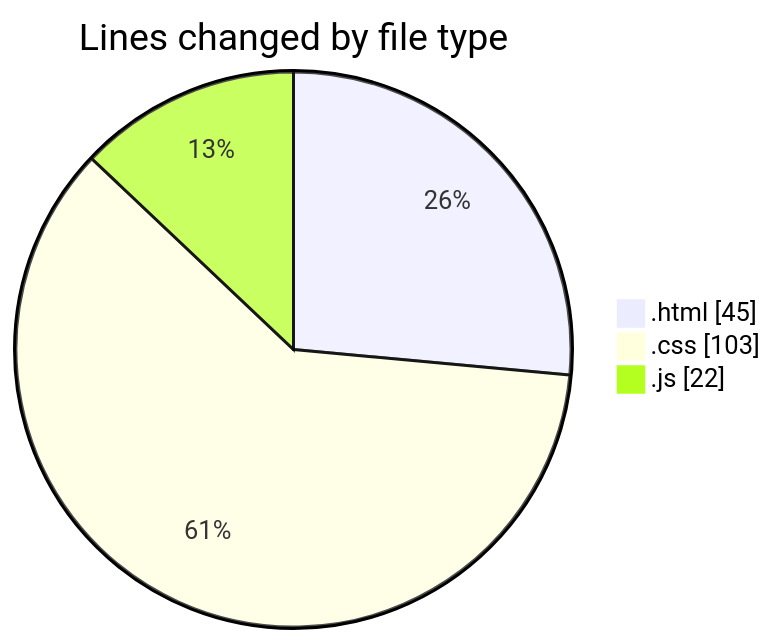
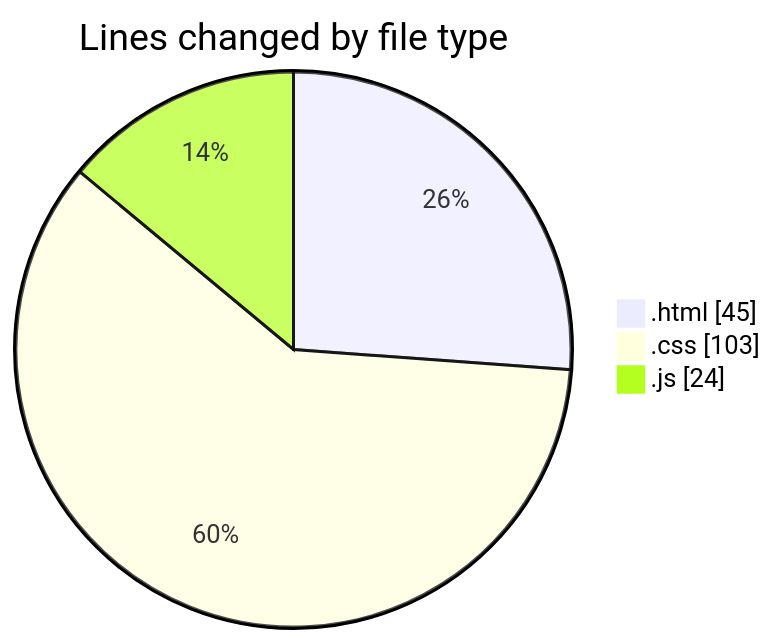
One commit to Ritupan-Deka/code-tracking changed the first of 2 diagrams in 2025-08-24/javascript/README.md. Above: the diagram before and after it, drawn with Mermaid. The commit also changed other lines of this file and 1 other file, not shown here.

````diff
--- a/2025-08-24/javascript/README.md
+++ b/2025-08-24/javascript/README.md
@@ -22,7 +22,7 @@
 ```mermaid
 pie showData
 title Lines changed by file type
 ".html" : 45
 ".css" : 103
-".js" : 22
+".js" : 24
 ```
````
